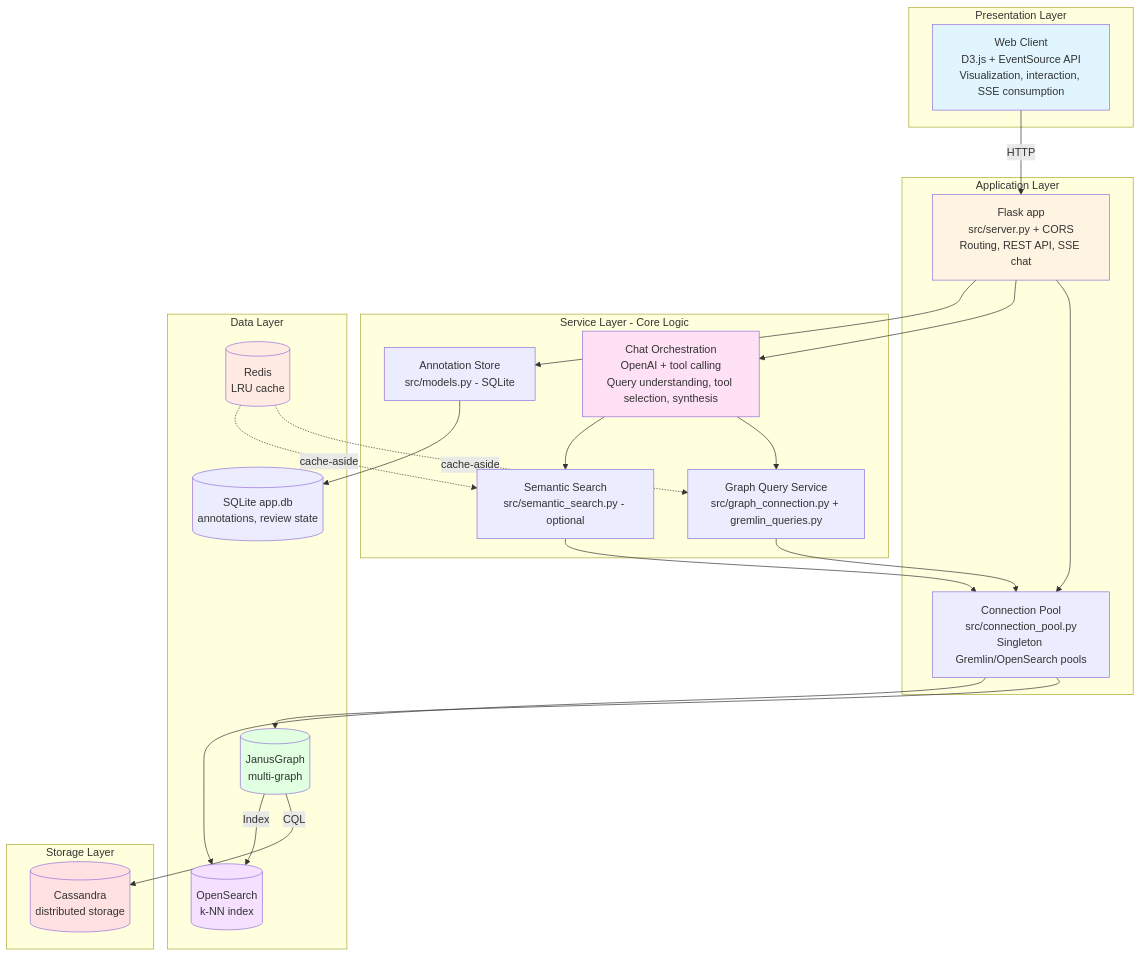
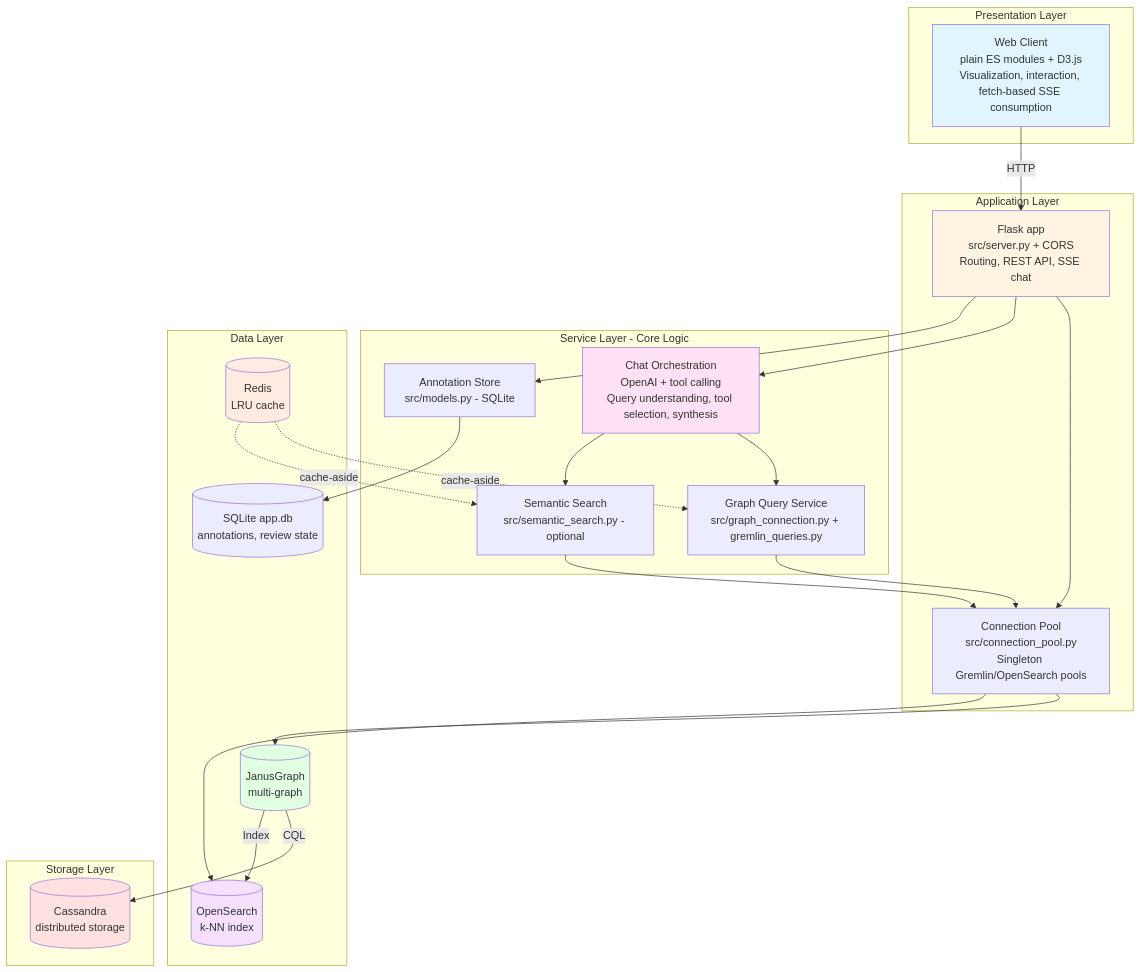
The first of 5 diagrams in apps/explorer/docs/architecture.md (rrahimi-uci/policy-to-knowledge), drawn with Mermaid before and after one commit. The commit also changed other lines of this file and 12 other files, not shown here.

````diff
--- a/apps/explorer/docs/architecture.md
+++ b/apps/explorer/docs/architecture.md
@@ -59,58 +59,58 @@
 ```mermaid
 graph TB
     subgraph "Presentation Layer"
-        UI[Web Client<br/>D3.js + EventSource API<br/>Visualization, interaction, SSE consumption]
+        UI[Web Client<br/>plain ES modules + D3.js<br/>Visualization, interaction, fetch-based SSE consumption]
     end
 
     subgraph "Application Layer"
         API[Flask app<br/>src/server.py + CORS<br/>Routing, REST API, SSE chat]
         ConnMgr[Connection Pool<br/>src/connection_pool.py<br/>Singleton Gremlin/OpenSearch pools]
     end
 
     subgraph "Service Layer - Core Logic"
         AIOrch[Chat Orchestration<br/>OpenAI + tool calling<br/>Query understanding, tool selection, synthesis]
         GraphSvc[Graph Query Service<br/>src/graph_connection.py + gremlin_queries.py]
         VectorSvc[Semantic Search<br/>src/semantic_search.py - optional]
         Store[Annotation Store<br/>src/models.py - SQLite]
     end
 
     subgraph "Data Layer"
         GraphDB[(JanusGraph<br/>multi-graph)]
         VectorDB[(OpenSearch<br/>k-NN index)]
         Cache[(Redis<br/>LRU cache)]
         Sqlite[(SQLite app.db<br/>annotations, review state)]
     end
 
     subgraph "Storage Layer"
         Cassandra[(Cassandra<br/>distributed storage)]
     end
 
     UI -->|HTTP| API
     API --> ConnMgr
     API --> AIOrch
     API --> Store
 
     AIOrch --> GraphSvc
     AIOrch --> VectorSvc
 
     ConnMgr --> GraphDB
     ConnMgr --> VectorDB
 
     GraphSvc --> ConnMgr
     VectorSvc --> ConnMgr
     Store --> Sqlite
 
     Cache -.->|cache-aside| GraphSvc
     Cache -.->|cache-aside| VectorSvc
 
     GraphDB -->|CQL| Cassandra
     GraphDB -->|Index| VectorDB
 
     style UI fill:#e1f5ff
     style API fill:#fff4e1
     style AIOrch fill:#ffe1f5
     style GraphDB fill:#e1ffe1
     style VectorDB fill:#f5e1ff
     style Cassandra fill:#ffe1e1
     style Cache fill:#ffebe1
 ```
````
